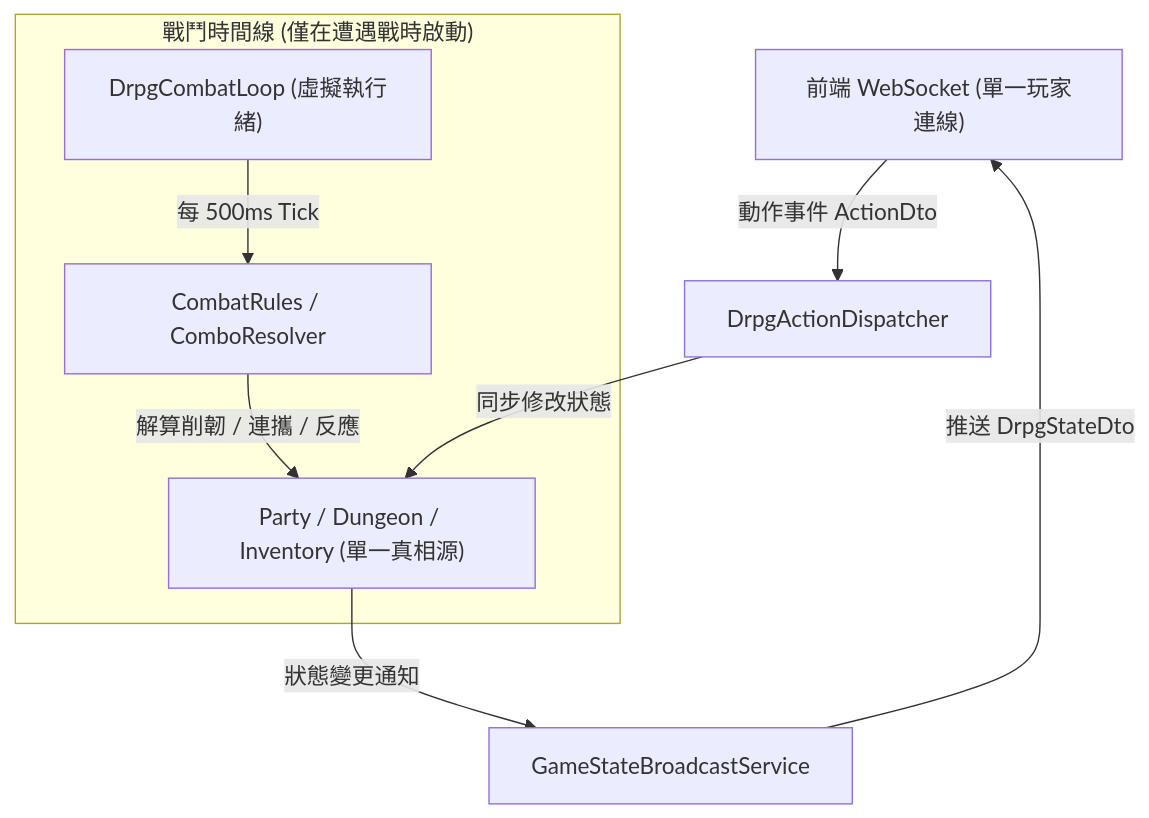
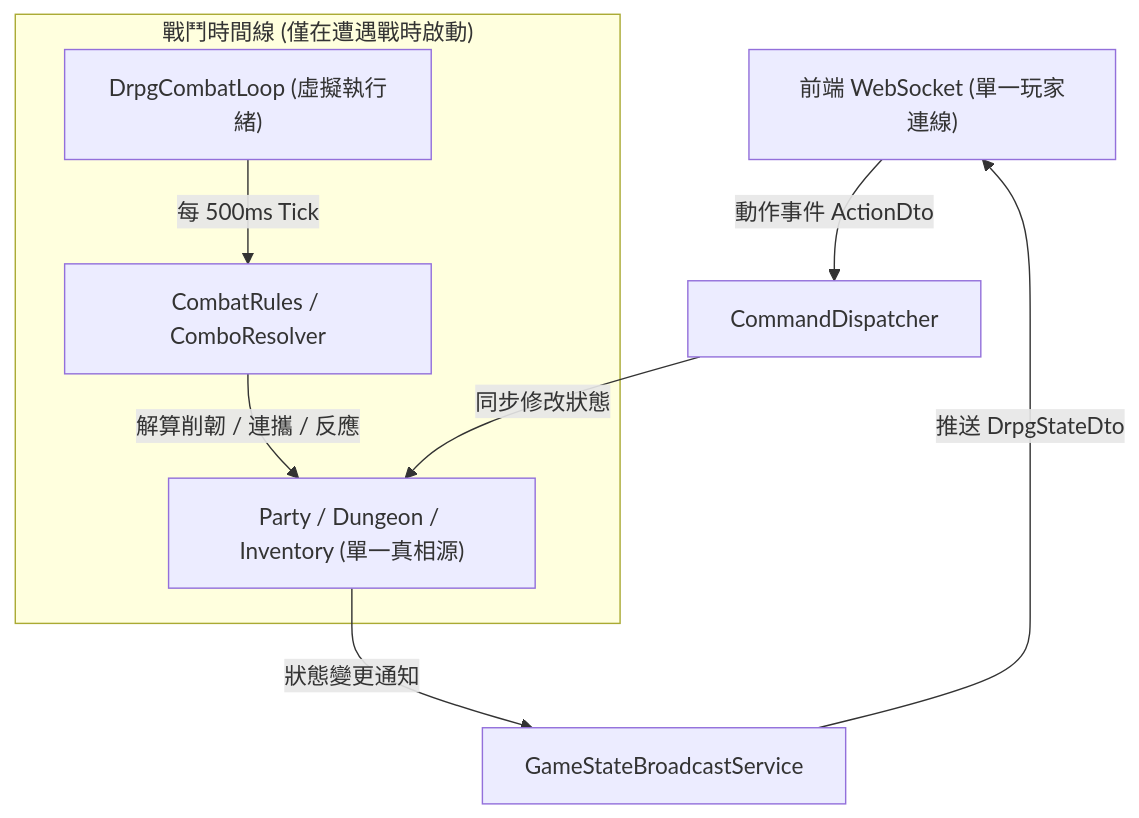
The diagram in docs/2_specifications/backend/M9_STATE_PIPELINE_AND_EVENTS.md (FTC-johnchien/practice_mud), drawn with Mermaid before and after one commit. The commit also changed other lines of this file and 74 other files, not shown here.

````diff
--- a/docs/2_specifications/backend/M9_STATE_PIPELINE_AND_EVENTS.md
+++ b/docs/2_specifications/backend/M9_STATE_PIPELINE_AND_EVENTS.md
@@ -219,13 +232,13 @@
 ```mermaid
 graph TD
-    Client["前端 WebSocket (單一玩家連線)"] -->|動作事件 ActionDto| Controller["DrpgActionDispatcher"]
+    Client["前端 WebSocket (單一玩家連線)"] -->|動作事件 ActionDto| Controller["CommandDispatcher"]
     Controller -->|同步修改狀態| Model["Party / Dungeon / Inventory (單一真相源)"]
     
     subgraph BattleTimeline ["戰鬥時間線 (僅在遭遇戰時啟動)"]
         Loop["DrpgCombatLoop (虛擬執行緒)"] -->|每 500ms Tick| CombatEngine["CombatRules / ComboResolver"]
         CombatEngine -->|解算削韌 / 連攜 / 反應| Model
     end
 
     Model -->|狀態變更通知| Broadcaster["GameStateBroadcastService"]
     Broadcaster -->|推送 DrpgStateDto| Client
 ```
````
